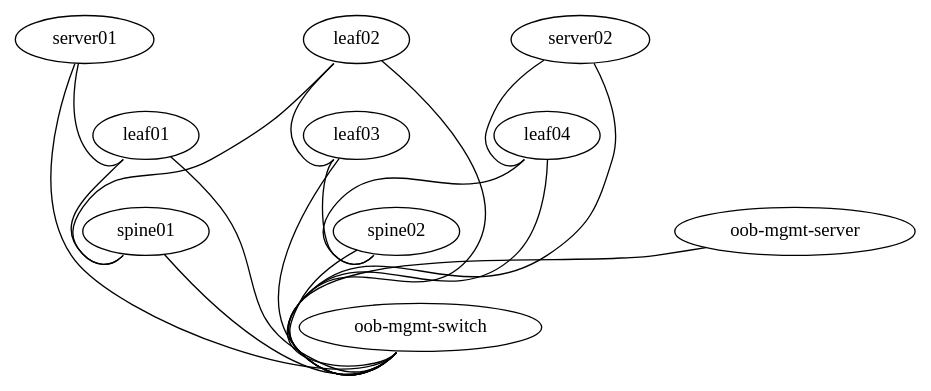
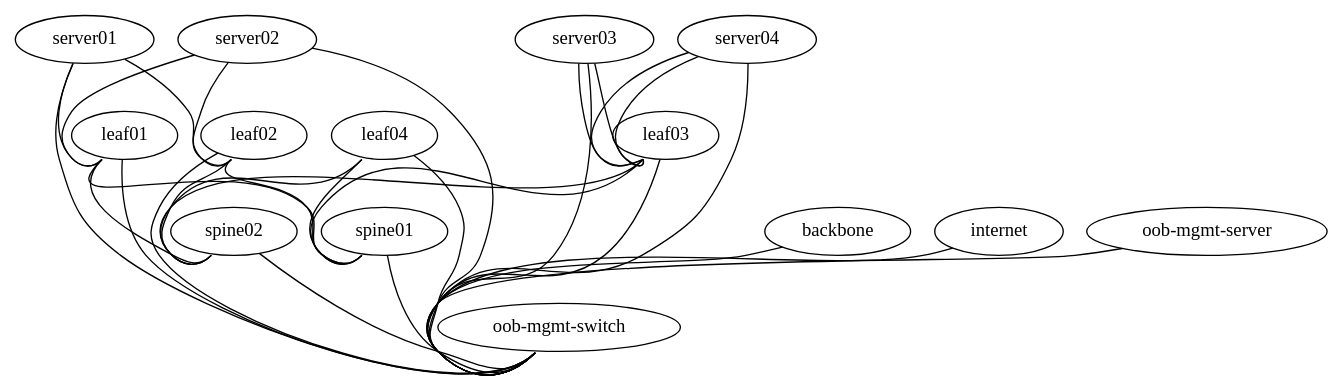
Before and after one commit to laquiante/OpenNetworking-004: the diagram in topology.dot, drawn with Graphviz.

```diff
--- a/topology.dot
+++ b/topology.dot
@@ -1,41 +1,65 @@
 graph vx {
 
  "spine01" [function="spine" os="CumulusCommunity/cumulus-vx" version="3.7.11" memory="768" config="./helper_scripts/config_switch.sh" ]
  "leaf01" [function="leaf" os="CumulusCommunity/cumulus-vx" version="3.7.11" memory="768" config="./helper_scripts/config_switch.sh" ]
  "leaf02" [function="leaf" os="CumulusCommunity/cumulus-vx" version="3.7.11" memory="768" config="./helper_scripts/config_switch.sh" ]
 
  "spine02" [function="spine" os="CumulusCommunity/cumulus-vx" version="3.7.11" memory="768" config="./helper_scripts/config_switch.sh" ]
  "leaf03" [function="leaf" os="CumulusCommunity/cumulus-vx" version="3.7.11" memory="768" config="./helper_scripts/config_switch.sh" ]
  "leaf04" [function="leaf" os="CumulusCommunity/cumulus-vx" version="3.7.11" memory="768" config="./helper_scripts/config_switch.sh" ]
 
  "server01" [function="host" os="yk0/ubuntu-xenial" memory="512" config="./helper_scripts/config_server.sh" ]
  "server02" [function="host" os="yk0/ubuntu-xenial" memory="512" config="./helper_scripts/config_server.sh" ]
+ "server03" [function="host" os="yk0/ubuntu-xenial" memory="512" config="./helper_scripts/config_server.sh" ]
+ "server04" [function="host" os="yk0/ubuntu-xenial" memory="512" config="./helper_scripts/config_server.sh" ]
+
+ "backbone" [function="leaf" os="CumulusCommunity/cumulus-vx" version="3.7.11" memory="768" config="./helper_scripts/config_switch.sh" ]
+ "internet" [function="host" os="yk0/ubuntu-xenial" memory="512" config="./helper_scripts/config_server.sh" ]
 
  "oob-mgmt-switch" [function="oob-switch" vagrant="eth0" os="CumulusCommunity/cumulus-vx" version="3.7.11" memory="768" config="./helper_scripts/config_oob_switch.sh" ]
  "oob-mgmt-server" [function="oob-server" vagrant="eth0" os="CumulusCommunity/vx_oob_server" version="1.0.4" memory="1024" config="./helper_scripts/config_oob_server.sh" ]
 
  "leaf01":"swp51" -- "spine01":"swp1"
+ "leaf01":"swp52" -- "spine02":"swp1"
+ 
+ "server01":"eth1" -- "leaf01":"swp1" [left_mac="00:00:01:11:11:01"]
+ "server01":"eth2" -- "leaf02":"swp1" [left_mac="00:00:01:11:11:02"]
+
  "leaf02":"swp51" -- "spine01":"swp2"
+ "leaf02":"swp52" -- "spine02":"swp2"
+ 
+ "server02":"eth1" -- "leaf01":"swp2" [left_mac="00:00:01:11:11:03"]
+ "server02":"eth1" -- "leaf02":"swp2" [left_mac="00:00:01:11:11:04"]
 
- "leaf02":"swp1" -- "leaf03":"swp1"
+ "leaf03":"swp51" -- "spine01":"swp3"
+ "leaf03":"swp52" -- "spine02":"swp3"
+ 
+ "server03":"eth1" -- "leaf03":"swp1" [left_mac="00:00:01:11:11:05"]
+ "server03":"eth2" -- "leaf03":"swp1" [left_mac="00:00:01:11:11:06"]
+ 
+ "leaf04":"swp51" -- "spine01":"swp4"
+ "leaf04":"swp52" -- "spine02":"swp4"
 
- "leaf03":"swp51" -- "spine02":"swp1"
- "leaf04":"swp51" -- "spine02":"swp2"
-
-
- "server01":"eth1" -- "leaf01":"swp1" [left_mac="00:03:00:11:11:01"]
- "server02":"eth1" -- "leaf04":"swp1" [left_mac="00:03:00:11:11:02"]
-
+ "server04":"eth1" -- "leaf03":"swp1" [left_mac="00:00:01:11:11:05"]
+ "server04":"eth2" -- "leaf03":"swp1" [left_mac="00:00:01:11:11:06"]
+ 
  "oob-mgmt-server":"eth1" -- "oob-mgmt-switch":"swp1" [right_mac="a0:00:00:00:00:61"]
 
  "server01":"eth0" -- "oob-mgmt-switch":"swp2" [left_mac="a0:00:00:00:00:31"]
  "server02":"eth0" -- "oob-mgmt-switch":"swp3" [left_mac="a0:00:00:00:00:32"]
+ "server03":"eth0" -- "oob-mgmt-switch":"swp4" [left_mac="a0:00:00:00:00:33"]
+ "server04":"eth0" -- "oob-mgmt-switch":"swp5" [left_mac="a0:00:00:00:00:34"]
+ 
+  "internet":"eth0" -- "oob-mgmt-switch":"swp6" [left_mac="a0:00:00:00:00:35"]
 
- "leaf01":"eth0" -- "oob-mgmt-switch":"swp6" [left_mac="a0:00:00:00:00:11"]
- "leaf02":"eth0" -- "oob-mgmt-switch":"swp7" [left_mac="a0:00:00:00:00:12"]
- "leaf03":"eth0" -- "oob-mgmt-switch":"swp8" [left_mac="a0:00:00:00:00:13"]
- "leaf04":"eth0" -- "oob-mgmt-switch":"swp9" [left_mac="a0:00:00:00:00:14"]
+ "leaf01":"eth0" -- "oob-mgmt-switch":"swp7" [left_mac="a0:00:00:00:00:11"]
+ "leaf02":"eth0" -- "oob-mgmt-switch":"swp8" [left_mac="a0:00:00:00:00:12"]
+ "leaf03":"eth0" -- "oob-mgmt-switch":"swp9" [left_mac="a0:00:00:00:00:13"]
+ "leaf04":"eth0" -- "oob-mgmt-switch":"swp10" [left_mac="a0:00:00:00:00:14"]
  
- "spine01":"eth0" -- "oob-mgmt-switch":"swp10" [left_mac="a0:00:00:00:00:21"]
- "spine02":"eth0" -- "oob-mgmt-switch":"swp11" [left_mac="a0:00:00:00:00:22"]
+ "backbone":"eth0" -- "oob-mgmt-switch":"swp11" [left_mac="a0:00:00:00:00:15"]
+ 
+ 
+ "spine01":"eth0" -- "oob-mgmt-switch":"swp12" [left_mac="a0:00:00:00:00:21"]
+ "spine02":"eth0" -- "oob-mgmt-switch":"swp13" [left_mac="a0:00:00:00:00:22"]
 }
```
